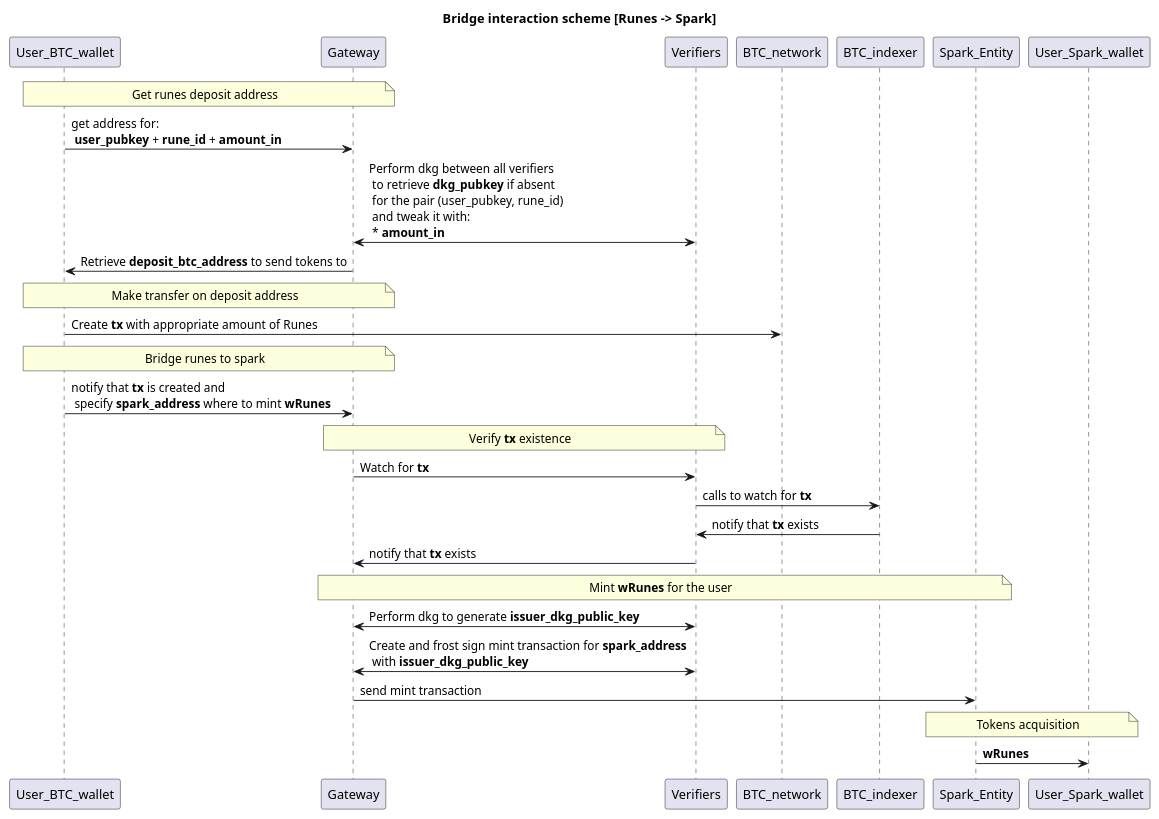
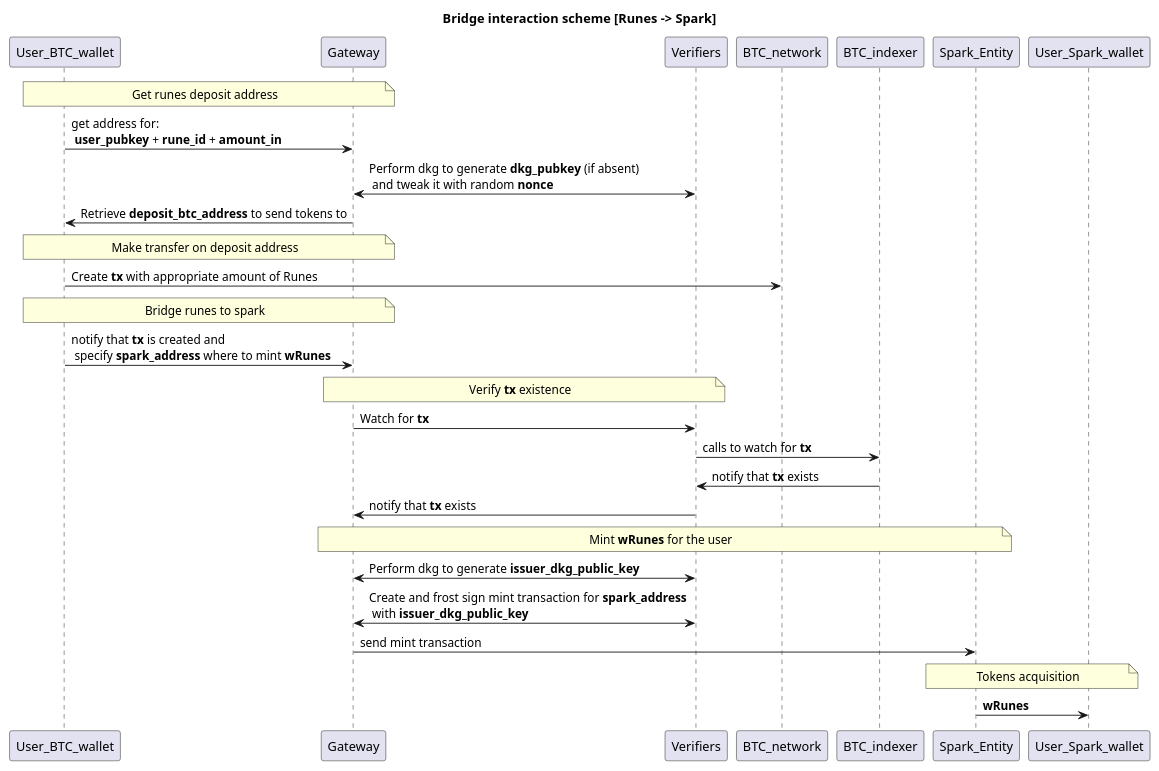
One commit to Sats-Terminal/spark-bridge-backend changed the diagram in docs/runes_spark.puml. Above: the diagram before and after it, drawn with PlantUML.

```diff
--- a/docs/runes_spark.puml
+++ b/docs/runes_spark.puml
@@ -1,28 +1,28 @@
 @startuml
 title Bridge interaction scheme [Runes -> Spark]
 
 note over User_BTC_wallet,Gateway:Get runes deposit address
 User_BTC_wallet->Gateway: get address for: \n **user_pubkey** + **rune_id** + **amount_in** 
-Gateway<->Verifiers:Perform dkg between all verifiers \n to retrieve **dkg_pubkey** if absent \n for the pair (user_pubkey, rune_id) \n and tweak it with: \n * **amount_in**
+Gateway<->Verifiers:Perform dkg to generate **dkg_pubkey** (if absent) \n and tweak it with random **nonce**
 Gateway->User_BTC_wallet: Retrieve **deposit_btc_address** to send tokens to
 
 note over User_BTC_wallet,Gateway:Make transfer on deposit address
 User_BTC_wallet->BTC_network: Create **tx** with appropriate amount of Runes
 note over User_BTC_wallet,Gateway:Bridge runes to spark
 User_BTC_wallet->Gateway: notify that **tx** is created and \n specify **spark_address** where to mint **wRunes**
 
 note over Gateway,Verifiers:Verify **tx** existence
 
 Gateway->Verifiers:Watch for **tx** 
 Verifiers->BTC_indexer: calls to watch for **tx**
 Verifiers<-BTC_indexer: notify that **tx** exists
 Gateway<-Verifiers: notify that **tx** exists
 
 note over Gateway,Spark_Entity:Mint **wRunes** for the user
 Gateway<->Verifiers:Perform dkg to generate **issuer_dkg_public_key**
 Gateway<->Verifiers:Create and frost sign mint transaction for **spark_address** \n with **issuer_dkg_public_key**
 Gateway->Spark_Entity: send mint transaction
 
 note over User_Spark_wallet, Spark_Entity: Tokens acquisition
 User_Spark_wallet<-Spark_Entity: **wRunes**
 @enduml
```
